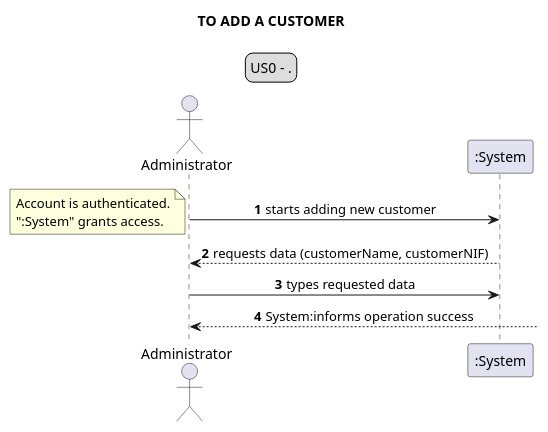
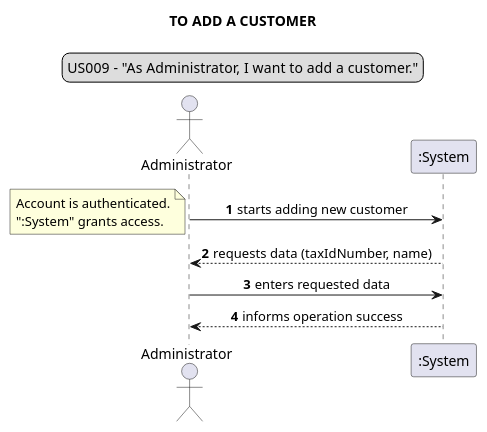
One commit to Loracline/project_switch_22-23 changed diagram 20 of 23 in docs/requirements_gathering/system_sequence_diagrams/systemSequenceDiagram.puml. Above: the diagram before and after it, drawn with PlantUML. The commit also changed 4 other files, not shown here.

```diff
--- a/docs/requirements_gathering/system_sequence_diagrams/systemSequenceDiagram.puml
+++ b/docs/requirements_gathering/system_sequence_diagrams/systemSequenceDiagram.puml
@@ -310,17 +310,17 @@
 @startuml
 legend top
-US0 - .
+US009 - "As Administrator, I want to add a customer."
 end legend
 skinparam sequenceMessageAlign center
 title TO ADD A CUSTOMER
-actor "Administrator" as adm
+actor "Administrator"
 autonumber
-adm -> ":System": starts adding new customer
+Administrator -> ":System": starts adding new customer
 note left
 Account is authenticated.
 ":System" grants access.
 end note
-adm <-- ":System": requests data (customerName, customerNIF)
-adm -> ":System": types requested data
-adm <-- :System:informs operation success
+Administrator <-- ":System": requests data (taxIdNumber, name)
+Administrator-> ":System": enters requested data
+Administrator <-- ":System":informs operation success
 @enduml
```
